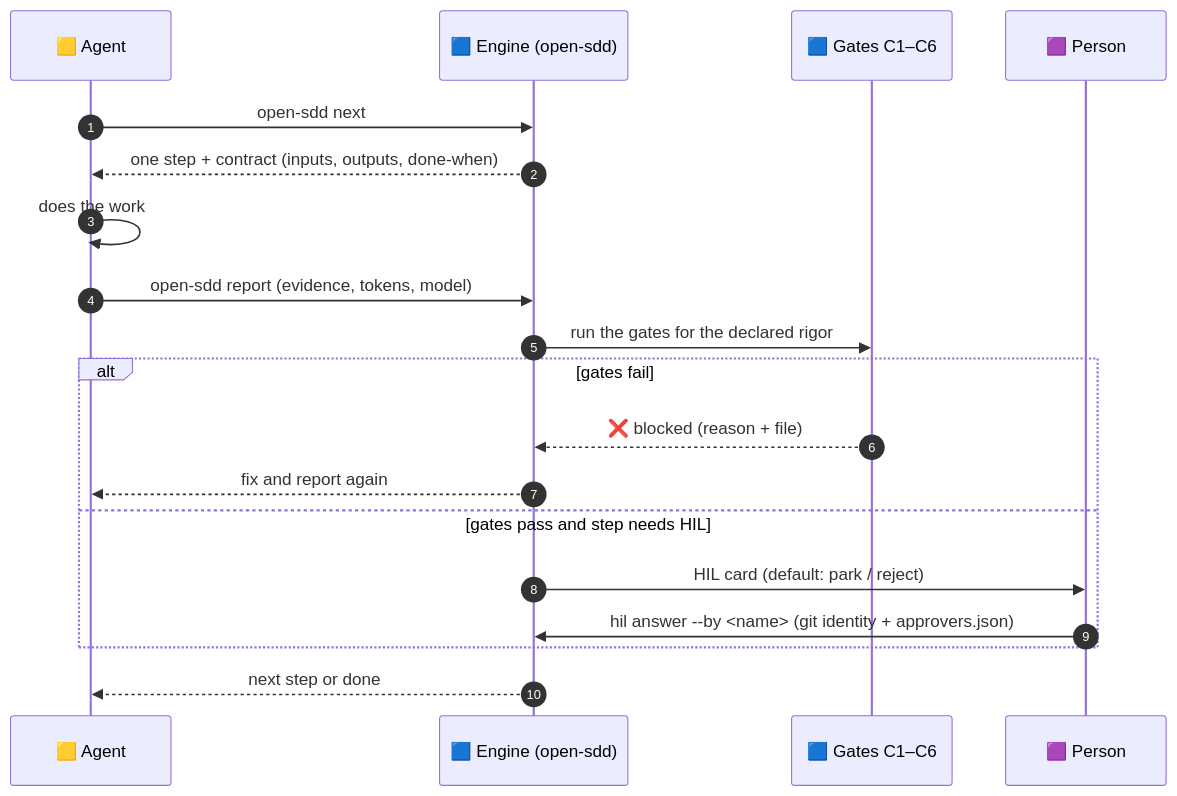
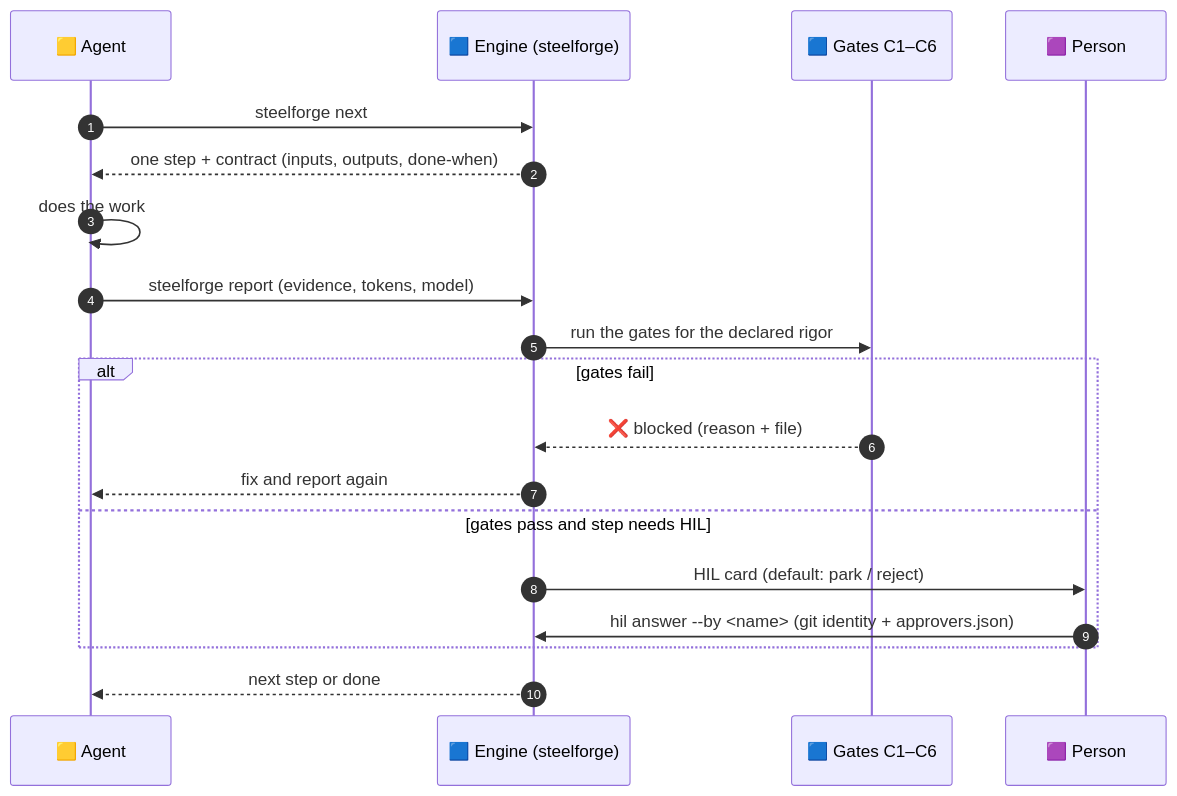
Before and after one commit to Brujo2020/OpenSDD: the fourth of 12 diagrams in README.md, drawn with Mermaid. The commit also changed other lines of this file and 467 other files, not shown here.

````diff
--- a/README.md
+++ b/README.md
@@ -253,21 +264,21 @@
 ```mermaid
 sequenceDiagram
   autonumber
   participant A as 🟨 Agent
-  participant E as 🟦 Engine (open-sdd)
+  participant E as 🟦 Engine (steelforge)
   participant G as 🟦 Gates C1–C6
   participant H as 🟪 Person
-  A->>E: open-sdd next
+  A->>E: steelforge next
   E-->>A: one step + contract (inputs, outputs, done-when)
   A->>A: does the work
-  A->>E: open-sdd report (evidence, tokens, model)
+  A->>E: steelforge report (evidence, tokens, model)
   E->>G: run the gates for the declared rigor
   alt gates fail
     G-->>E: ❌ blocked (reason + file)
     E-->>A: fix and report again
   else gates pass and step needs HIL
     E->>H: HIL card (default: park / reject)
     H->>E: hil answer --by <name> (git identity + approvers.json)
   end
   E-->>A: next step or done
 ```
````
